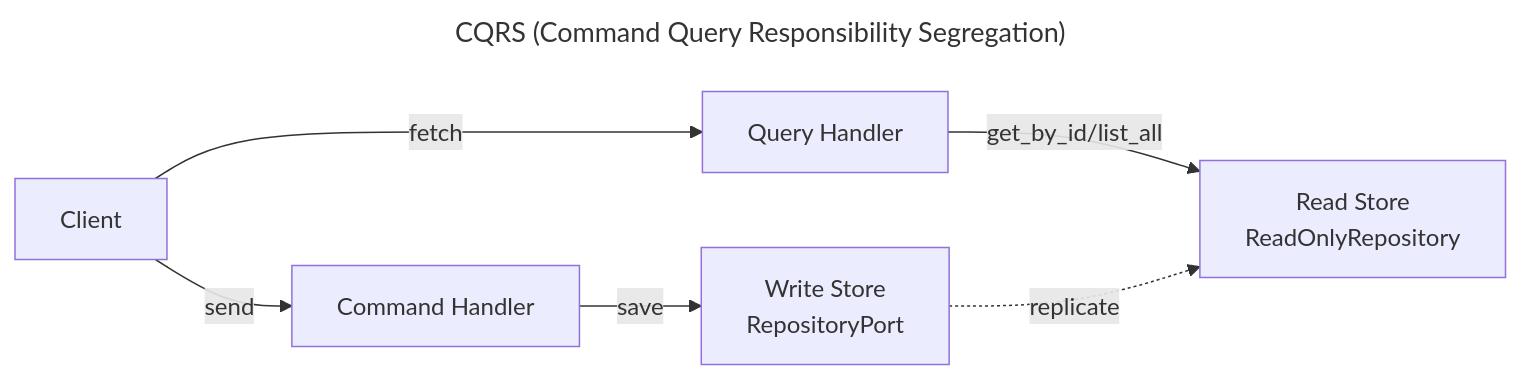
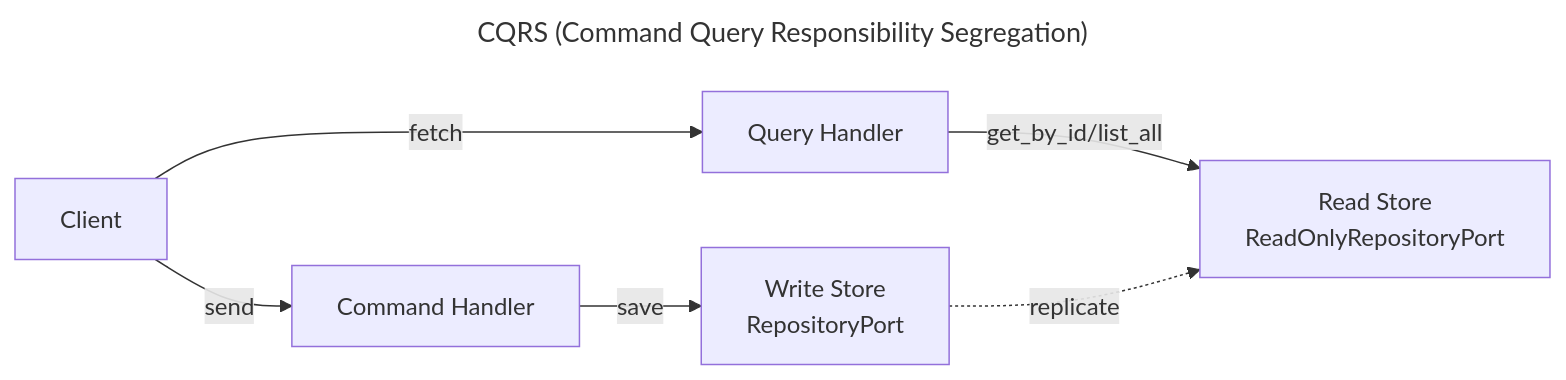
One commit to forging-blocks-org/forging-blocks changed the diagram in docs/architectural-styles/cqrs.md. Above: the diagram before and after it, drawn with Mermaid. The commit also changed other lines of this file, not shown here.

First line of the commit message:
docs(cqrs): update repository references to use Port suffix

````diff
--- a/docs/architectural-styles/cqrs.md
+++ b/docs/architectural-styles/cqrs.md
@@ -35,11 +35,11 @@
 ```mermaid
 ---
 title: CQRS (Command Query Responsibility Segregation)
 ---
 graph LR
     Client -->|send| CommandHandlerPort[Command Handler]
     Client -->|fetch| QueryHandlerPort[Query Handler]
     CommandHandlerPort -->|save| WriteStore[Write Store<br/>RepositoryPort]
-    QueryHandlerPort -->|get_by_id/list_all| ReadStore[Read Store<br/>ReadOnlyRepository]
+    QueryHandlerPort -->|get_by_id/list_all| ReadStore[Read Store<br/>ReadOnlyRepositoryPort]
     WriteStore -.->|replicate| ReadStore
 ```
````
